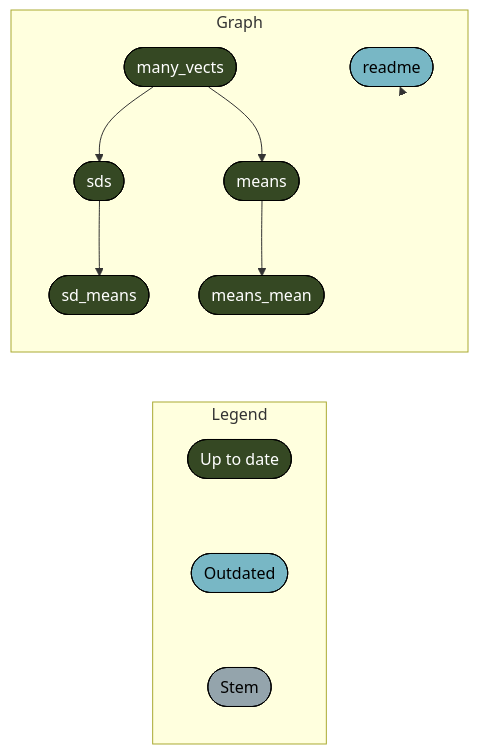
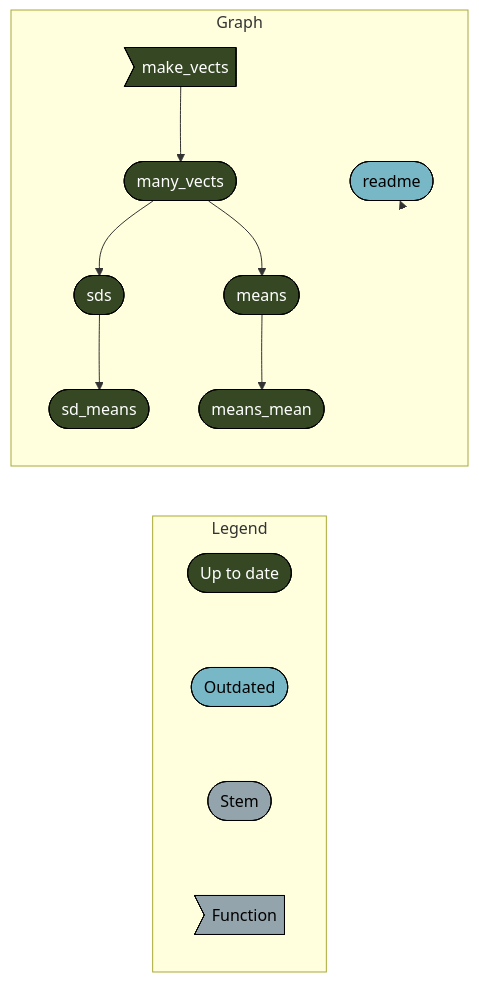
Before and after one commit to BrunaLab/hipergator-targets-ssh: the diagram in README.md, drawn with Mermaid. The commit also changed 1 other file, not shown here.

Commit message:
show functions in mermaid plot

````diff
--- a/README.md
+++ b/README.md
@@ -69,20 +69,23 @@
 ``` mermaid
 graph LR
   subgraph Legend
     uptodate([Up to date]):::uptodate --- outdated([Outdated]):::outdated
     outdated([Outdated]):::outdated --- stem([Stem]):::none
+    stem([Stem]):::none --- function>Function]:::none
   end
   subgraph Graph
+    make_vects>make_vects]:::uptodate --> many_vects([many_vects]):::uptodate
     many_vects([many_vects]):::uptodate --> means([means]):::uptodate
     many_vects([many_vects]):::uptodate --> sds([sds]):::uptodate
     sds([sds]):::uptodate --> sd_means([sd_means]):::uptodate
     means([means]):::uptodate --> means_mean([means_mean]):::uptodate
     readme([readme]):::outdated --> readme([readme]):::outdated
   end
   classDef uptodate stroke:#000000,color:#ffffff,fill:#354823;
   classDef outdated stroke:#000000,color:#000000,fill:#78B7C5;
   classDef none stroke:#000000,color:#000000,fill:#94a4ac;
   linkStyle 0 stroke-width:0px;
   linkStyle 1 stroke-width:0px;
-  linkStyle 6 stroke-width:0px;
+  linkStyle 2 stroke-width:0px;
+  linkStyle 8 stroke-width:0px;
 ```
````
